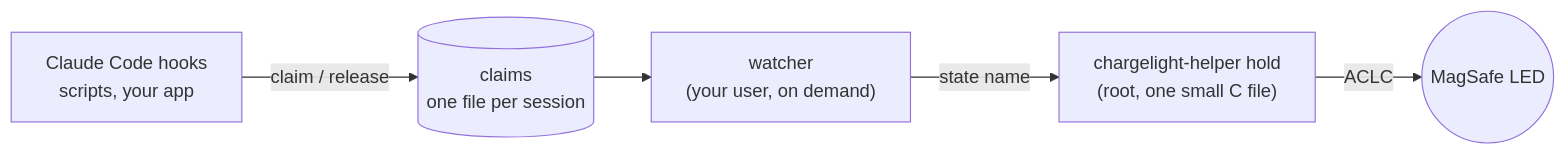
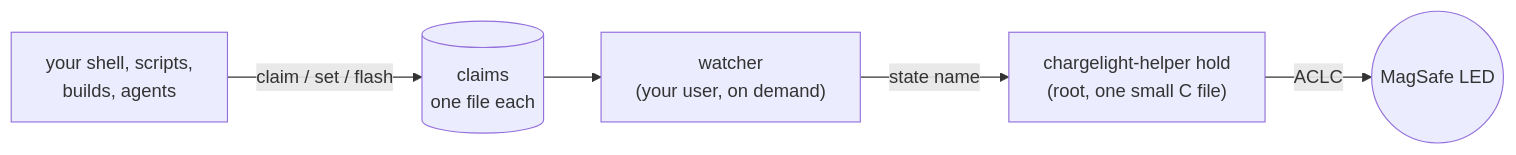
Before and after one commit to TaraxioT/chargelight: the diagram in README.md, drawn with Mermaid. The commit also changed other lines of this file and 6 other files, not shown here.

````diff
--- a/README.md
+++ b/README.md
@@ -214,7 +252,7 @@
 ```mermaid
 flowchart LR
-  hooks["Claude Code hooks<br/>scripts, your app"] -->|claim / release| claims[("claims<br/>one file per session")]
+  users["your shell, scripts,<br/>builds, agents"] -->|claim / set / flash| claims[("claims<br/>one file each")]
   claims --> watcher["watcher<br/>(your user, on demand)"]
   watcher -->|"state name"| helper["chargelight-helper hold<br/>(root, one small C file)"]
   helper -->|"ACLC"| led(("MagSafe LED"))
 ```
````
